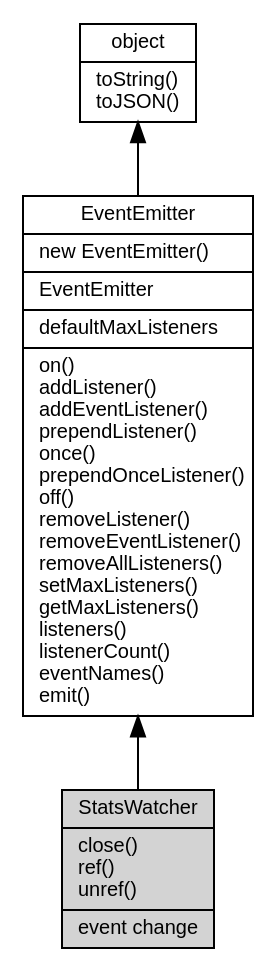
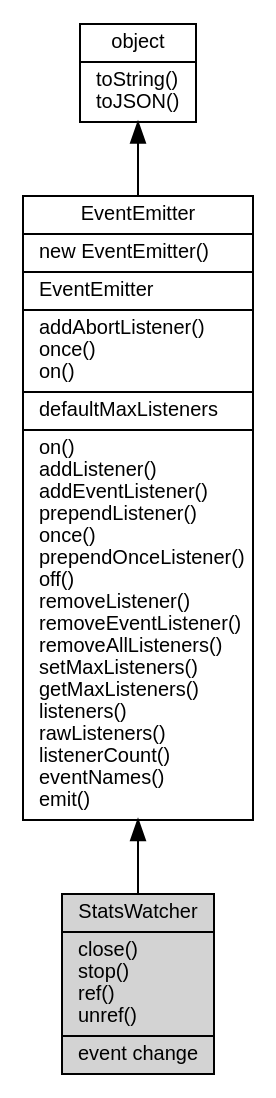
One commit to fibjs/fibjs.org changed the diagram in docs/manual/object/ifs/StatsWatcher.md. Above: the diagram before and after it, drawn with Graphviz. The commit also changed other lines of this file and 148 other files, not shown here.

First line of the commit message:
feat: add ZlibCodec documentation and update object graph

````diff
--- a/docs/manual/object/ifs/StatsWatcher.md
+++ b/docs/manual/object/ifs/StatsWatcher.md
@@ -24,12 +24,12 @@
 ```dot
 digraph {
     node [fontname="Helvetica,sans-Serif", fontsize=10, shape="record", style="filled", fillcolor="white"];
 
     object [tooltip="object", URL="object.md", label="{object|toString()\ltoJSON()\l}"];
-    EventEmitter [tooltip="EventEmitter", URL="EventEmitter.md", label="{EventEmitter|new EventEmitter()\l|EventEmitter\l|defaultMaxListeners\l|on()\laddListener()\laddEventListener()\lprependListener()\lonce()\lprependOnceListener()\loff()\lremoveListener()\lremoveEventListener()\lremoveAllListeners()\lsetMaxListeners()\lgetMaxListeners()\llisteners()\llistenerCount()\leventNames()\lemit()\l}"];
-    StatsWatcher [tooltip="StatsWatcher", fillcolor="lightgray", id="me", label="{StatsWatcher|close()\lref()\lunref()\l|event change\l}"];
+    EventEmitter [tooltip="EventEmitter", URL="EventEmitter.md", label="{EventEmitter|new EventEmitter()\l|EventEmitter\l|addAbortListener()\lonce()\lon()\l|defaultMaxListeners\l|on()\laddListener()\laddEventListener()\lprependListener()\lonce()\lprependOnceListener()\loff()\lremoveListener()\lremoveEventListener()\lremoveAllListeners()\lsetMaxListeners()\lgetMaxListeners()\llisteners()\lrawListeners()\llistenerCount()\leventNames()\lemit()\l}"];
+    StatsWatcher [tooltip="StatsWatcher", fillcolor="lightgray", id="me", label="{StatsWatcher|close()\lstop()\lref()\lunref()\l|event change\l}"];
 
     object -> EventEmitter [dir=back];
     EventEmitter -> StatsWatcher [dir=back];
 }
 ```
````
